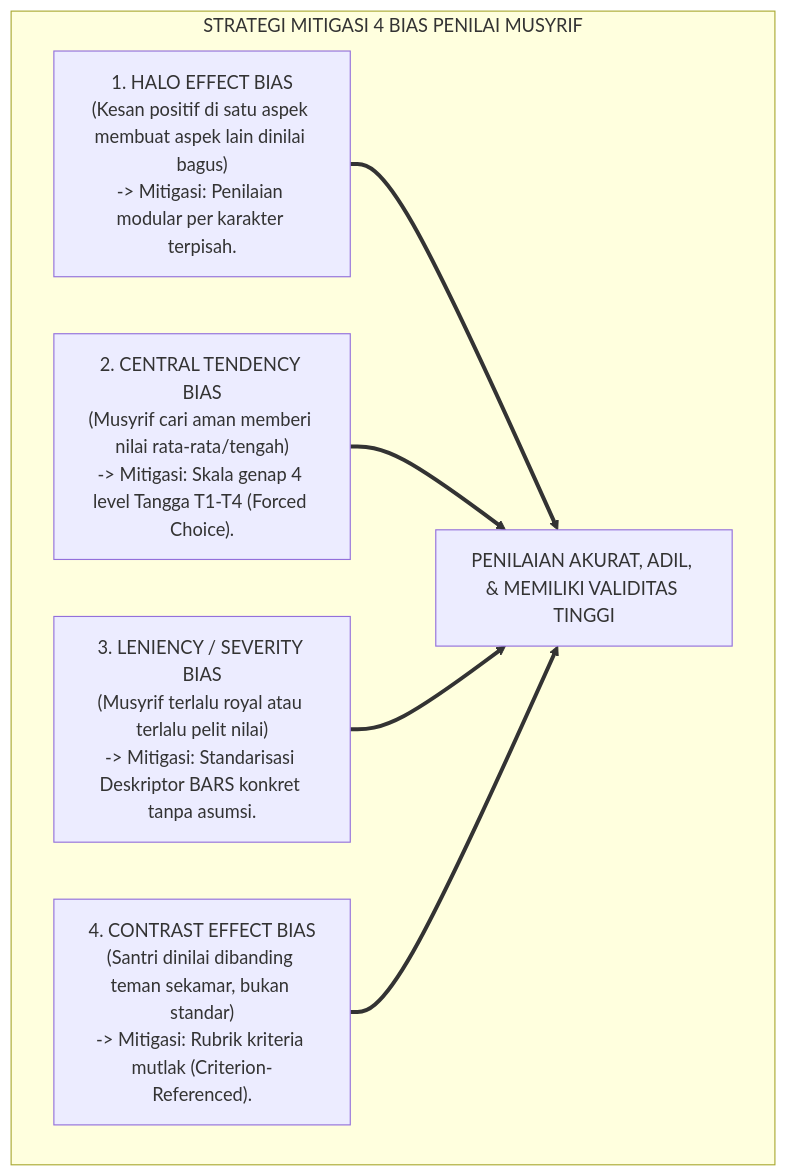
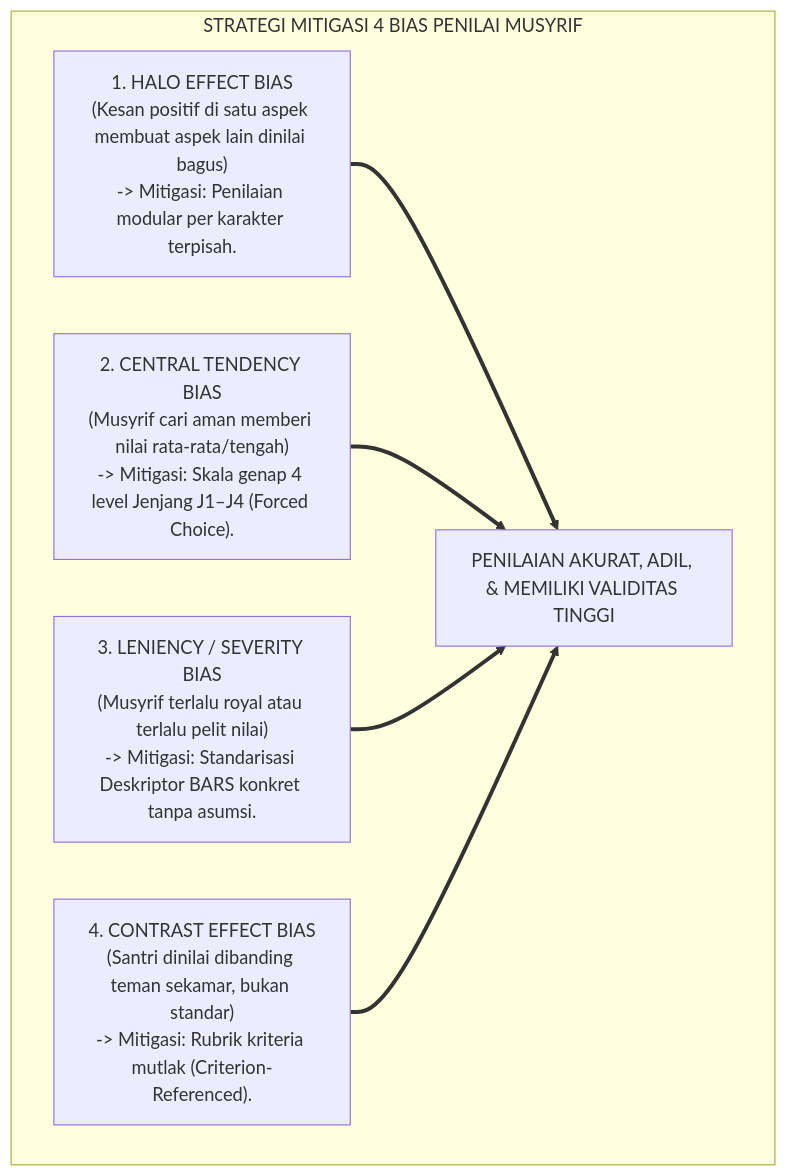
The third of 4 diagrams in 03 Capacity Framework/02 Character Architecture/P3-02-04-Skema-Rubrik-dan-Indikator-Perilaku.md (wandiapriliyandi/tumbuh), drawn with Mermaid before and after one commit. The commit also changed other lines of this file and 209 other files, not shown here.

````diff
--- a/03 Capacity Framework/02 Character Architecture/P3-02-04-Skema-Rubrik-dan-Indikator-Perilaku.md
+++ b/03 Capacity Framework/02 Character Architecture/P3-02-04-Skema-Rubrik-dan-Indikator-Perilaku.md
@@ -94,14 +94,14 @@
 ```mermaid
 flowchart TD
     subgraph Mitigasi4BiasPsikometrik["STRATEGI MITIGASI 4 BIAS PENILAI MUSYRIF"]
         Halo["1. HALO EFFECT BIAS<br/>(Kesan positif di satu aspek membuat aspek lain dinilai bagus)<br/>-> Mitigasi: Penilaian modular per karakter terpisah."]
         
-        Central["2. CENTRAL TENDENCY BIAS<br/>(Musyrif cari aman memberi nilai rata-rata/tengah)<br/>-> Mitigasi: Skala genap 4 level Tangga T1-T4 (Forced Choice)."]
+        Central["2. CENTRAL TENDENCY BIAS<br/>(Musyrif cari aman memberi nilai rata-rata/tengah)<br/>-> Mitigasi: Skala genap 4 level Jenjang J1–J4 (Forced Choice)."]
         
         Leniency["3. LENIENCY / SEVERITY BIAS<br/>(Musyrif terlalu royal atau terlalu pelit nilai)<br/>-> Mitigasi: Standarisasi Deskriptor BARS konkret tanpa asumsi."]
         
         Contrast["4. CONTRAST EFFECT BIAS<br/>(Santri dinilai dibanding teman sekamar, bukan standar)<br/>-> Mitigasi: Rubrik kriteria mutlak (Criterion-Referenced)."]
         
         Halo & Central & Leniency & Contrast ==> Presisi["PENILAIAN AKURAT, ADIL, & MEMILIKI VALIDITAS TINGGI"]
     end
 ```
````
